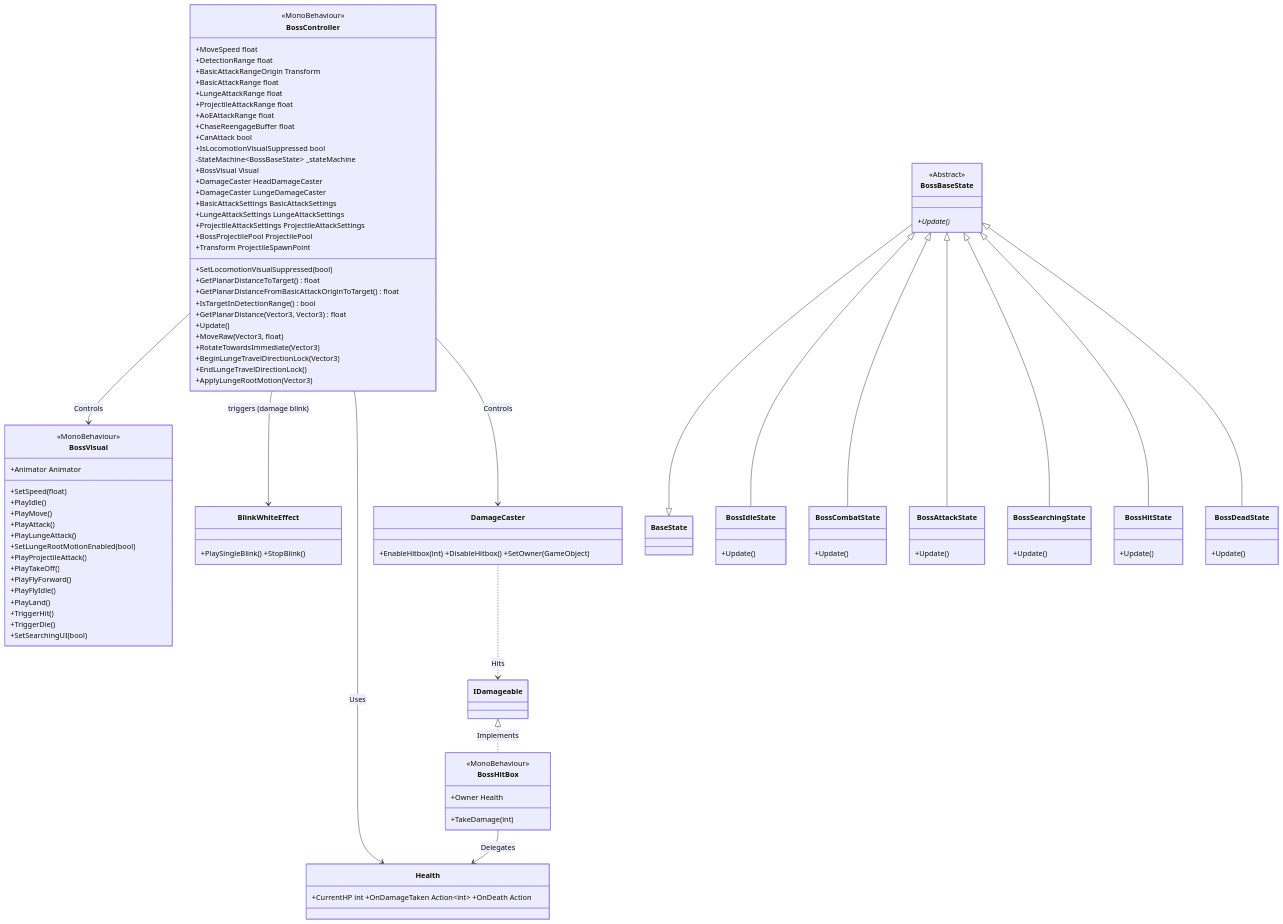
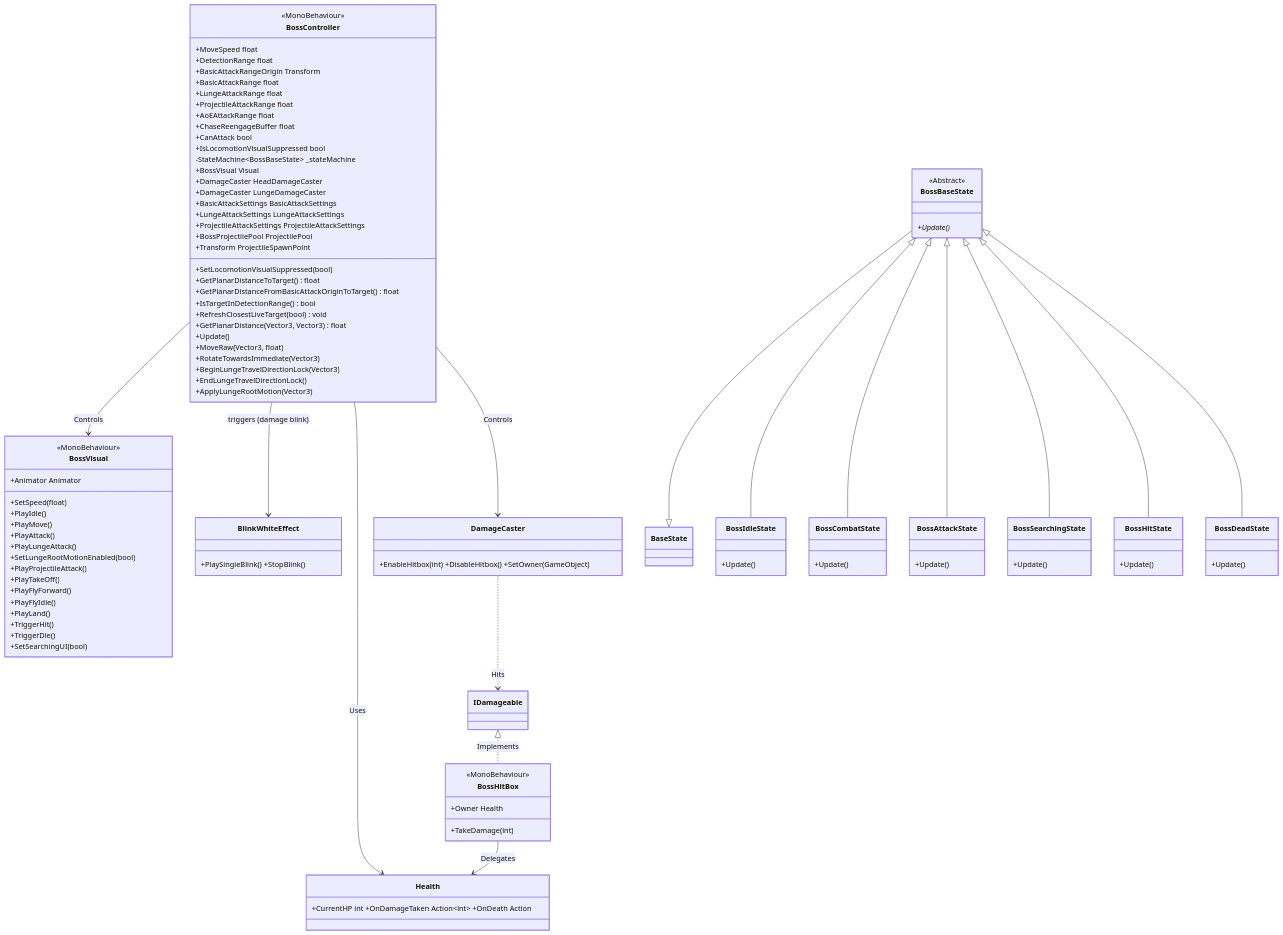
Before and after one commit to BallTank/BossRaidPortfolio: the second of 4 diagrams in docs/technical/System_Blueprint.md, drawn with Mermaid. The commit also changed other lines of this file and 12 other files, not shown here.

```diff
--- a/docs/technical/System_Blueprint.md
+++ b/docs/technical/System_Blueprint.md
@@ -258,6 +261,7 @@
         +GetPlanarDistanceToTarget() float
         +GetPlanarDistanceFromBasicAttackOriginToTarget() float
         +IsTargetInDetectionRange() bool
+        +RefreshClosestLiveTarget(bool) void
         +GetPlanarDistance(Vector3, Vector3) float
         +Update()
         +MoveRaw(Vector3, float)
```
